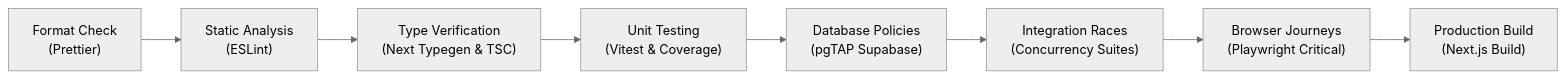
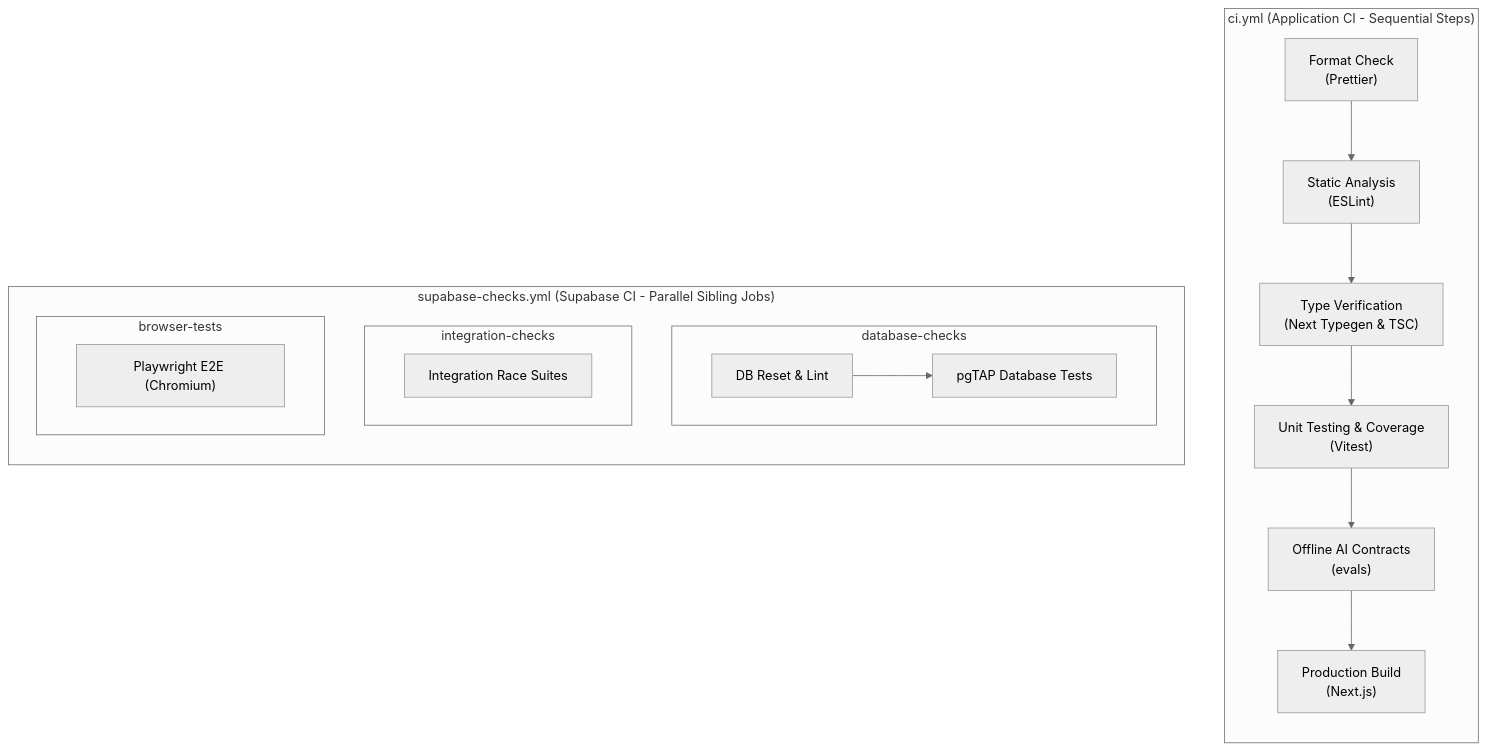
One commit to CS3227-2610-MP3-ConnectTalent/CS3227-2610-MP3 changed the ninth of 9 diagrams in docs/DeveloperGuide.md. Above: the diagram before and after it, drawn with Mermaid (neutral theme). The commit also changed other lines of this file and 9 other files, not shown here.

````diff
--- a/docs/DeveloperGuide.md
+++ b/docs/DeveloperGuide.md
@@ -1171,10 +1176,24 @@
 ```mermaid
-flowchart LR
-    Format["Format Check<br/>(Prettier)"] --> Lint["Static Analysis<br/>(ESLint)"]
-    Lint --> Types["Type Verification<br/>(Next Typegen & TSC)"]
-    Types --> Units["Unit Testing<br/>(Vitest & Coverage)"]
-    Units --> DBTests["Database Policies<br/>(pgTAP Supabase)"]
-    DBTests --> Races["Integration Races<br/>(Concurrency Suites)"]
-    Races --> E2ETests["Browser Journeys<br/>(Playwright Critical)"]
-    E2ETests --> BuildCheck["Production Build<br/>(Next.js Build)"]
+flowchart TD
+    subgraph CI["ci.yml (Application CI - Sequential Steps)"]
+        direction TB
+        Format["Format Check<br/>(Prettier)"] --> Lint["Static Analysis<br/>(ESLint)"]
+        Lint --> Types["Type Verification<br/>(Next Typegen & TSC)"]
+        Types --> Units["Unit Testing & Coverage<br/>(Vitest)"]
+        Units --> AIEvals["Offline AI Contracts<br/>(evals)"]
+        AIEvals --> BuildCheck["Production Build<br/>(Next.js)"]
+    end
+
+    subgraph SupabaseCI["supabase-checks.yml (Supabase CI - Parallel Sibling Jobs)"]
+        direction TB
+        subgraph DBJob["database-checks"]
+            DBReset["DB Reset & Lint"] --> DBTests["pgTAP Database Tests"]
+        end
+        subgraph IntJob["integration-checks"]
+            IntSuites["Integration Race Suites"]
+        end
+        subgraph E2EJob["browser-tests"]
+            E2ETests["Playwright E2E (Chromium)"]
+        end
+    end
 ```
````
